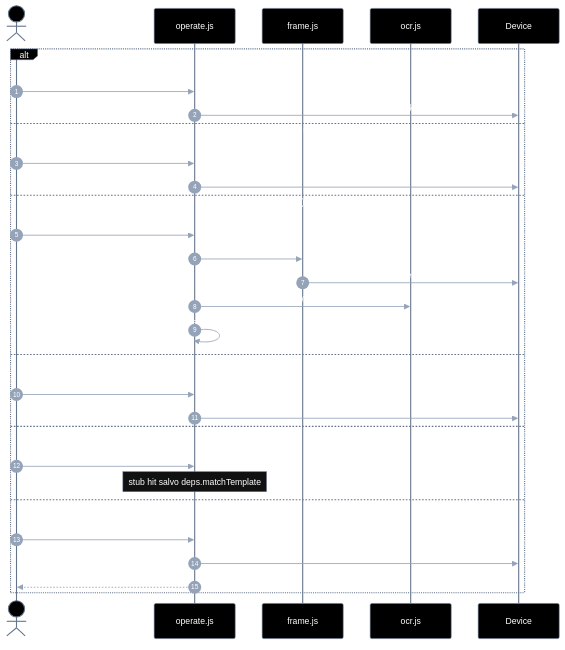
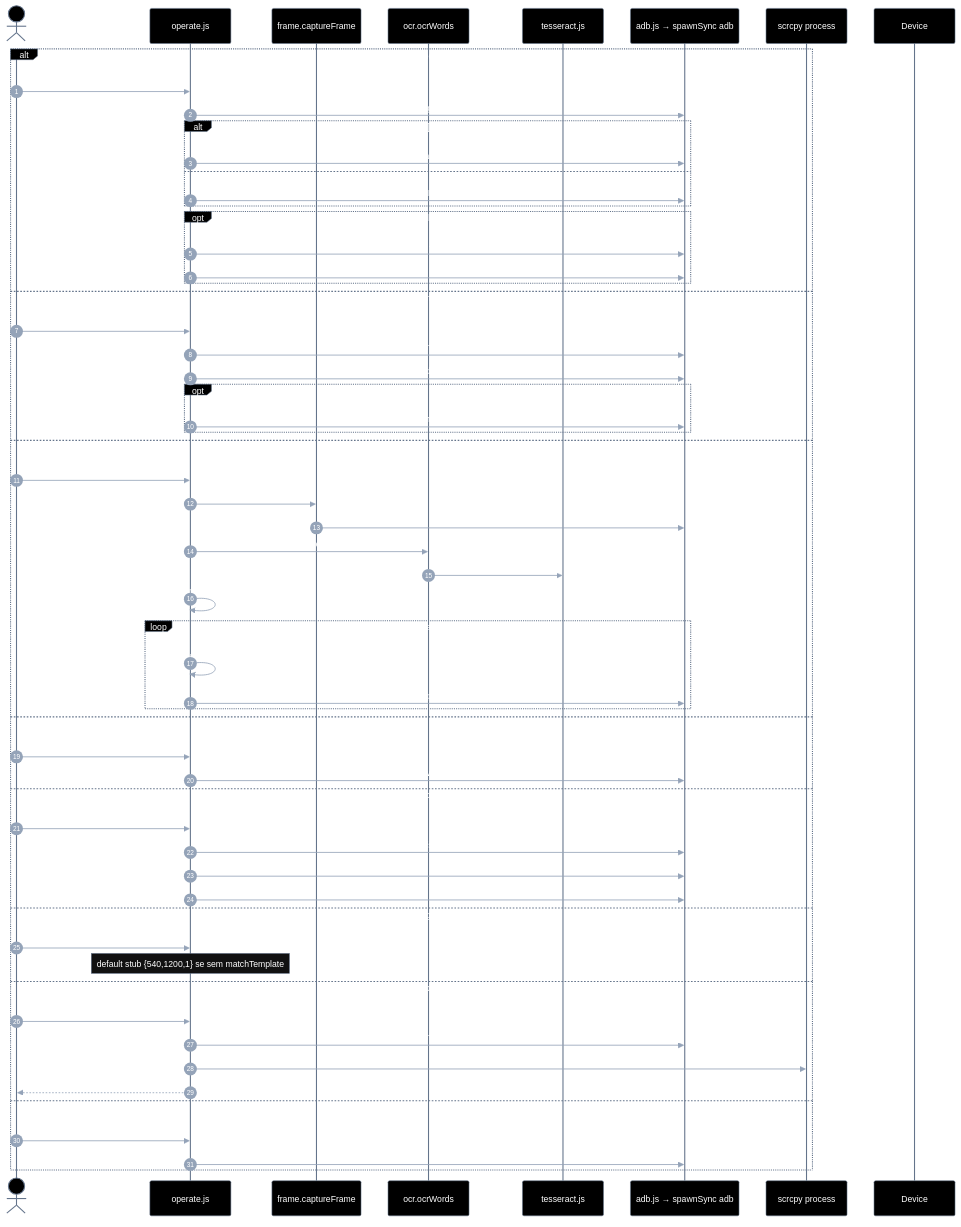
Before and after one commit to laerciogermano/workstation: the sixth of 10 diagrams in screen-robot/arquitetura.md, drawn with Mermaid. The commit also changed other lines of this file, not shown here.

````diff
--- a/screen-robot/arquitetura.md
+++ b/screen-robot/arquitetura.md
@@ -642,39 +678,67 @@
     noteBorderColor: '#64748b'
     noteBkgColor: '#111111'
     noteTextColor: '#ffffff'
-    activationBorderColor: '#64748b'
-    activationBkgColor: '#1a1a1a'
     sequenceNumberColor: '#ffffff'
 ---
 sequenceDiagram
   autonumber
   actor Caller
   participant O as operate.js
-  participant F as frame.js
-  participant OCR as ocr.js
-  participant D as Device
+  participant F as frame.captureFrame
+  participant OCR as ocr.ocrWords
+  participant Tess as tesseract.js
+  participant ADB as adb.js → spawnSync adb
+  participant Scrcpy as scrcpy process
+  participant Dev as Device
 
   alt launch
-    Caller->>O: launch({ serial, package|activity })
-    O->>D: am start / resolve-activity / monkey
-  else tap / tapElement / key / scroll
-    Caller->>O: tap|tapElement|key|scroll
-    O->>D: input tap|swipe|keyevent
-  else type (OCR teclado)
+    Caller->>O: launch({ serial, package, activity? })
+    O->>ADB: shell cmd package resolve-activity …
+    alt component
+      O->>ADB: shell am start -n component
+    else
+      O->>ADB: shell am start -a MAIN -c LAUNCHER -p pkg
+    end
+    opt falha → monkey
+      O->>ADB: shell monkey -p pkg … (adbOk)
+      O->>ADB: shell pidof pkg
+    end
+  else tap / tapElement
+    Caller->>O: tap | tapElement
+    O->>ADB: connectIfTcp
+    O->>ADB: shell cmd input tap x y
+    opt falha
+      O->>ADB: shell input tap x y
+    end
+  else type
     Caller->>O: type({ serial, text, region? })
     O->>F: captureFrame
-    F->>D: screencap
-    O->>OCR: ocrWords
-    O->>O: buildKeyCenters → tap por char
+    F->>ADB: screencap / pull / rm
+    O->>OCR: ocrWords(+ rectangle)
+    OCR->>Tess: createWorker / recognize
+    O->>O: buildKeyCenters(words)
+    loop cada char
+      O->>O: tap(center)
+      O->>ADB: input tap
+    end
+  else scroll
+    Caller->>O: scroll
+    O->>ADB: shell input swipe x y x2 y2 300
   else screenshot
-    Caller->>O: screenshot({ serial, path })
-    O->>D: screencap + pull
+    Caller->>O: screenshot({ path })
+    O->>ADB: screencap -p /sdcard/sr-shot.png
+    O->>ADB: pull → path local
+    O->>ADB: rm remote
   else matchImage
-    Caller->>O: matchImage({ serial, templatePath })
-    Note over O: stub hit salvo deps.matchTemplate
+    Caller->>O: matchImage({ templatePath })
+    Note over O: default stub {540,1200,1} se sem matchTemplate
   else openScrcpy
-    Caller->>O: openScrcpy({ serial })
-    O->>D: spawn scrcpy detached
+    Caller->>O: openScrcpy
+    O->>ADB: connectIfTcp
+    O->>Scrcpy: spawn -s serial --no-audio …
     O-->>Caller: { pid, serial }
+  else key
+    Caller->>O: key({ code })
+    O->>ADB: shell input keyevent code
   end
 ```
````
